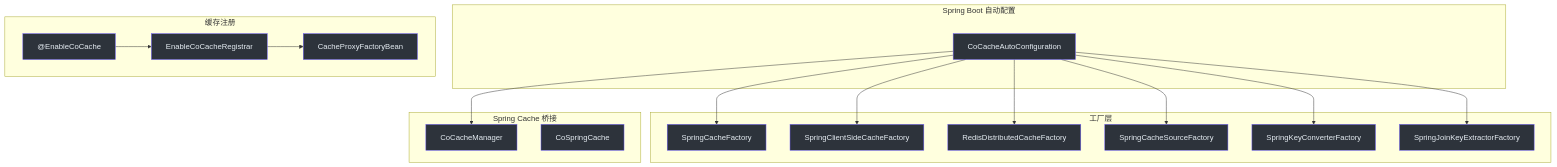
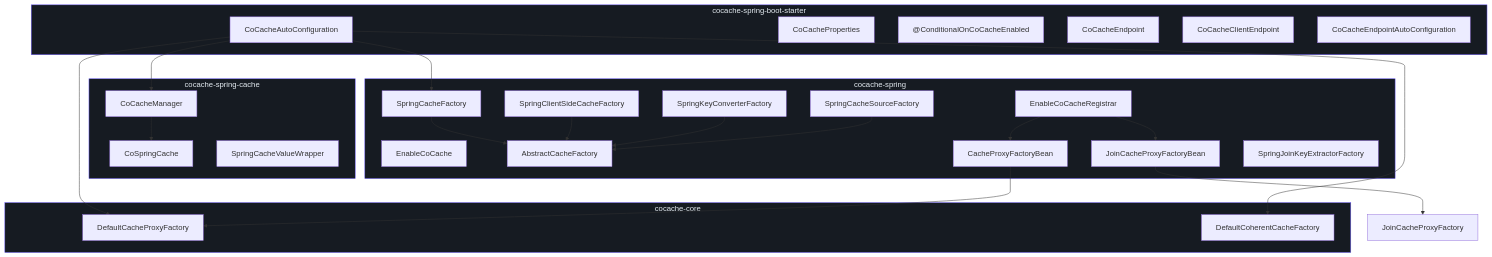
Before and after one commit to Ahoo-Wang/CoCache: the first of 4 diagrams in wiki/zh/api/spring-integration.md, drawn with Mermaid. The commit also changed other lines of this file and 25 other files, not shown here.

````diff
--- a/wiki/zh/api/spring-integration.md
+++ b/wiki/zh/api/spring-integration.md
@@ -12,49 +12,54 @@
 ```mermaid
 graph TB
-    subgraph sg_107 ["Spring Boot 自动配置"]
-        AutoConfig["CoCacheAutoConfiguration"]
+    subgraph Starter["cocache-spring-boot-starter"]
+        style Starter fill:#161b22,stroke:#6d5dfc,color:#e6edf3
+        Auto["CoCacheAutoConfiguration"]
+        Props["CoCacheProperties"]
+        Cond["@ConditionalOnCoCacheEnabled"]
+        EP["CoCacheEndpoint"]
+        CEP["CoCacheClientEndpoint"]
+        EPAC["CoCacheEndpointAutoConfiguration"]
     end
 
-    subgraph sg_108 ["缓存注册"]
-        EnableCoCache["@EnableCoCache"]
-        Registrar["EnableCoCacheRegistrar"]
-        FBF["CacheProxyFactoryBean"]
+    subgraph SpringCache["cocache-spring-cache"]
+        style SpringCache fill:#161b22,stroke:#6d5dfc,color:#e6edf3
+        CCM["CoCacheManager"]
+        CSC["CoSpringCache"]
+        SVW["SpringCacheValueWrapper"]
     end
 
-    subgraph sg_109 ["工厂层"]
+    subgraph Spring["cocache-spring"]
+        style Spring fill:#161b22,stroke:#6d5dfc,color:#e6edf3
+        EC["EnableCoCache"]
+        REG["EnableCoCacheRegistrar"]
         SCF["SpringCacheFactory"]
-        CSCF["SpringClientSideCacheFactory"]
-        RDCF["RedisDistributedCacheFactory"]
-        SCSF["SpringCacheSourceFactory"]
+        ACF["AbstractCacheFactory"]
+        CPFB["CacheProxyFactoryBean"]
+        JCPFB["JoinCacheProxyFactoryBean"]
+        SCSC["SpringClientSideCacheFactory"]
         SKCF["SpringKeyConverterFactory"]
+        SCSrcF["SpringCacheSourceFactory"]
         SJKEF["SpringJoinKeyExtractorFactory"]
     end
 
-    subgraph sg_110 ["Spring Cache 桥接"]
-        CCM["CoCacheManager"]
-        CSC["CoSpringCache"]
+    subgraph Core["cocache-core"]
+        style Core fill:#161b22,stroke:#6d5dfc,color:#e6edf3
+        CPF["DefaultCacheProxyFactory"]
+        CCF["DefaultCoherentCacheFactory"]
     end
 
-    EnableCoCache --> Registrar
-    Registrar --> FBF
-    AutoConfig --> SCF
-    AutoConfig --> CSCF
-    AutoConfig --> RDCF
-    AutoConfig --> SCSF
-    AutoConfig --> SKCF
-    AutoConfig --> SJKEF
-    AutoConfig --> CCM
+    Auto --> SCF
+    Auto --> CPF
+    Auto --> CCF
+    Auto --> CCM
+    REG --> CPFB
+    REG --> JCPFB
+    CPFB --> CPF
+    JCPFB --> JCPF["JoinCacheProxyFactory"]
+    CCM --> CSC
+    SCF --> ACF
+    SCSC --> ACF
+    SKCF --> ACF
+    SCSrcF --> ACF
 
-    style AutoConfig fill:#2d333b,stroke:#6d5dfc,color:#e6edf3
-    style EnableCoCache fill:#2d333b,stroke:#6d5dfc,color:#e6edf3
-    style Registrar fill:#2d333b,stroke:#6d5dfc,color:#e6edf3
-    style FBF fill:#2d333b,stroke:#6d5dfc,color:#e6edf3
-    style SCF fill:#2d333b,stroke:#6d5dfc,color:#e6edf3
-    style CSCF fill:#2d333b,stroke:#6d5dfc,color:#e6edf3
-    style RDCF fill:#2d333b,stroke:#6d5dfc,color:#e6edf3
-    style SCSF fill:#2d333b,stroke:#6d5dfc,color:#e6edf3
-    style SKCF fill:#2d333b,stroke:#6d5dfc,color:#e6edf3
-    style SJKEF fill:#2d333b,stroke:#6d5dfc,color:#e6edf3
-    style CCM fill:#2d333b,stroke:#6d5dfc,color:#e6edf3
-    style CSC fill:#2d333b,stroke:#6d5dfc,color:#e6edf3
 ```
````
